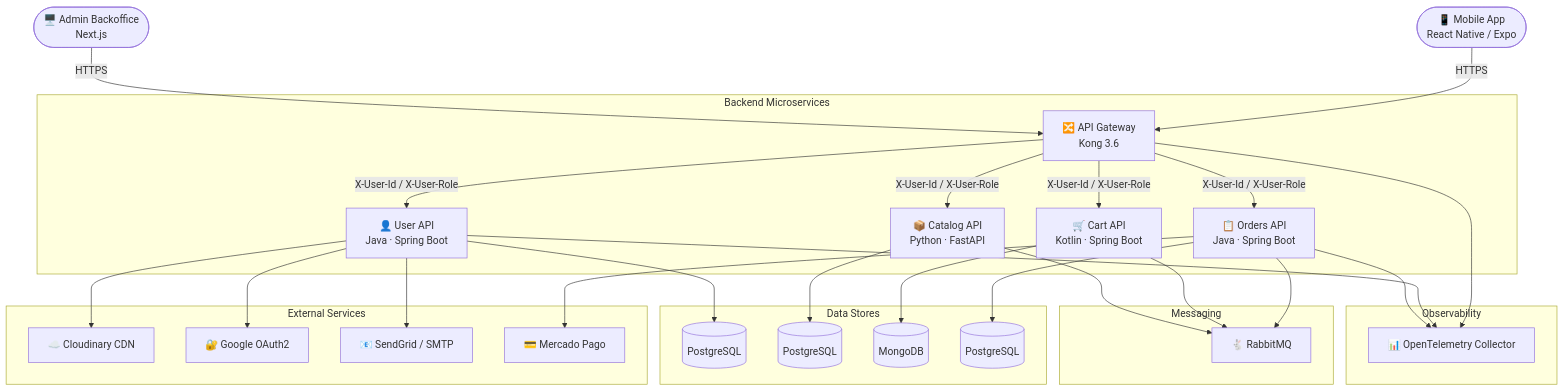
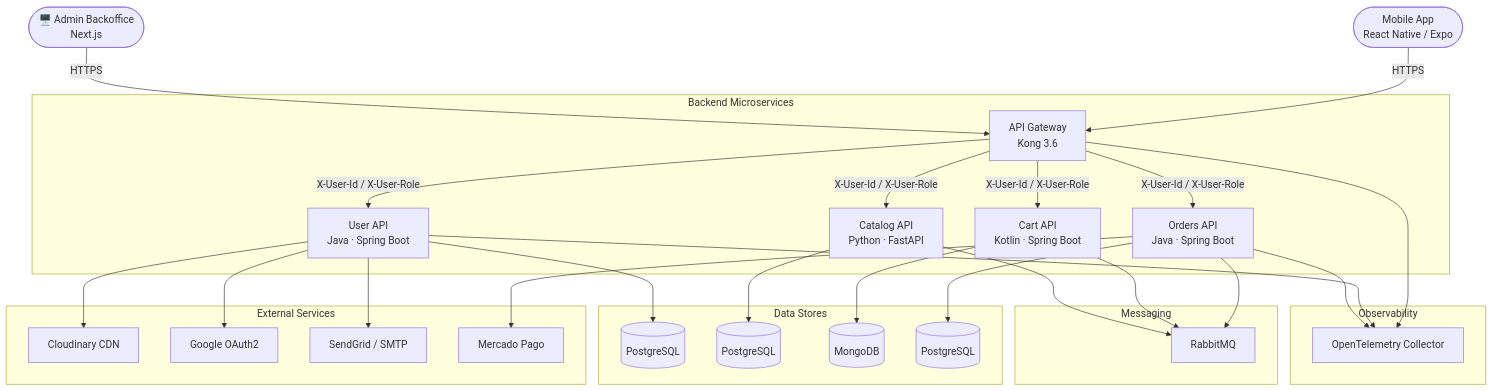
The diagram in profile/README.md (Baza-ar/.github), drawn with Mermaid before and after one commit. The commit also changed other lines of this file, not shown here.

Commit message:
docs: remove unnecessary information

````diff
--- a/profile/README.md
+++ b/profile/README.md
@@ -29,38 +29,38 @@
 ```mermaid
 graph TD
-    Mobile([📱 Mobile App<br>React Native / Expo]) -->|HTTPS| Gateway[🔀 API Gateway<br>Kong 3.6]
+    Mobile([Mobile App<br>React Native / Expo]) -->|HTTPS| Gateway[API Gateway<br>Kong 3.6]
     Backoffice([🖥️ Admin Backoffice<br>Next.js]) -->|HTTPS| Gateway
 
     subgraph Backend Microservices
-        Gateway -->|X-User-Id / X-User-Role| UserAPI[👤 User API<br>Java · Spring Boot]
-        Gateway -->|X-User-Id / X-User-Role| CatalogAPI[📦 Catalog API<br>Python · FastAPI]
-        Gateway -->|X-User-Id / X-User-Role| CartAPI[🛒 Cart API<br>Kotlin · Spring Boot]
-        Gateway -->|X-User-Id / X-User-Role| OrdersAPI[📋 Orders API<br>Java · Spring Boot]
+        Gateway -->|X-User-Id / X-User-Role| UserAPI[User API<br>Java · Spring Boot]
+        Gateway -->|X-User-Id / X-User-Role| CatalogAPI[Catalog API<br>Python · FastAPI]
+        Gateway -->|X-User-Id / X-User-Role| CartAPI[Cart API<br>Kotlin · Spring Boot]
+        Gateway -->|X-User-Id / X-User-Role| OrdersAPI[Orders API<br>Java · Spring Boot]
     end
 
     subgraph Data Stores
         UserAPI --> PG_User[(PostgreSQL)]
         CatalogAPI --> PG_Catalog[(PostgreSQL)]
         CartAPI --> Mongo[(MongoDB)]
         OrdersAPI --> PG_Orders[(PostgreSQL)]
     end
 
     subgraph External Services
-        UserAPI --> Cloudinary[☁️ Cloudinary CDN]
-        UserAPI --> Google[🔐 Google OAuth2]
-        UserAPI --> Email[📧 SendGrid / SMTP]
-        OrdersAPI --> MercadoPago[💳 Mercado Pago]
+        UserAPI --> Cloudinary[Cloudinary CDN]
+        UserAPI --> Google[Google OAuth2]
+        UserAPI --> Email[SendGrid / SMTP]
+        OrdersAPI --> MercadoPago[Mercado Pago]
     end
 
     subgraph Messaging
-        OrdersAPI --> RabbitMQ[🐇 RabbitMQ]
+        OrdersAPI --> RabbitMQ[RabbitMQ]
         CartAPI --> RabbitMQ
         CatalogAPI --> RabbitMQ
     end
 
     subgraph Observability
-        Gateway --> OTEL[📊 OpenTelemetry Collector]
+        Gateway --> OTEL[OpenTelemetry Collector]
         UserAPI --> OTEL
         OrdersAPI --> OTEL
     end
 ```
````
